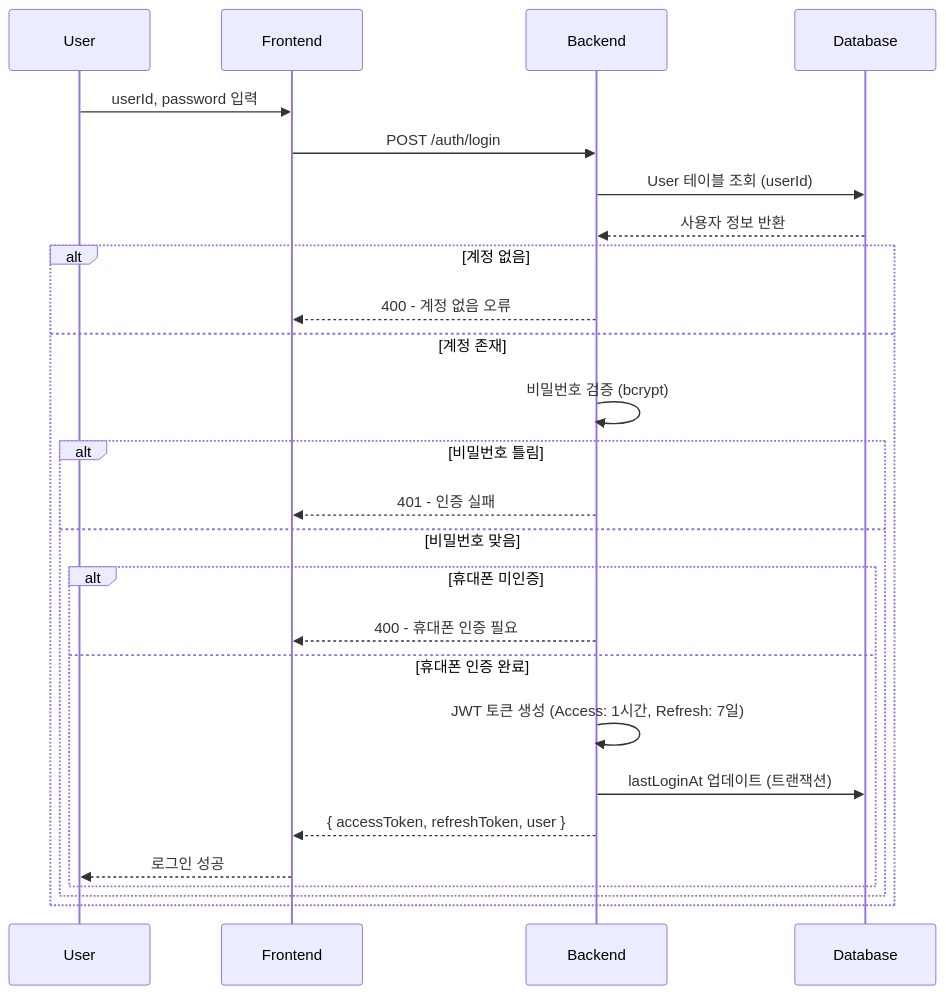
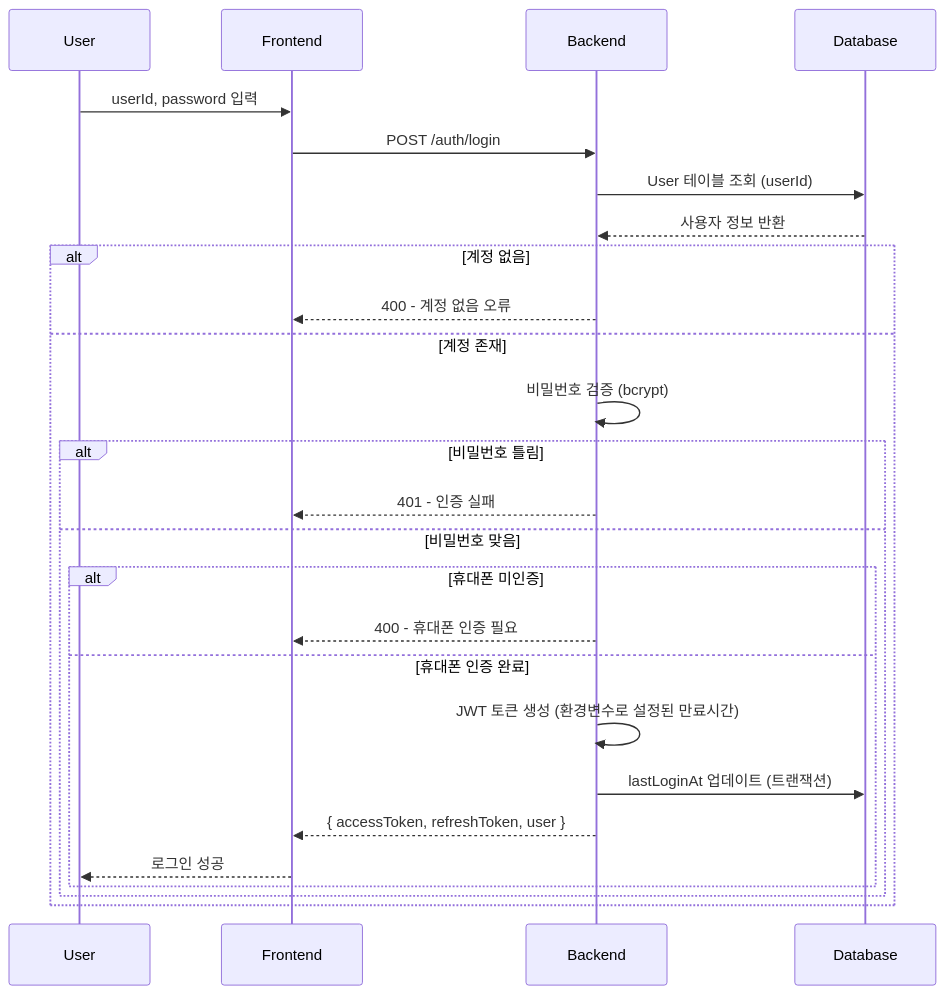
Before and after one commit to ServicePlayground/sweet-order: the third of 9 diagrams in apps/web-user/backend/docs/통합 로그인 및 회원가입 - 가이드.md, drawn with Mermaid. The commit also changed other lines of this file and 4 other files, not shown here.

````diff
--- a/apps/web-user/backend/docs/통합 로그인 및 회원가입 - 가이드.md
+++ b/apps/web-user/backend/docs/통합 로그인 및 회원가입 - 가이드.md
@@ -145,30 +159,30 @@
 ```mermaid
 sequenceDiagram
     participant U as User
     participant F as Frontend
     participant B as Backend
     participant DB as Database
 
     U->>F: userId, password 입력
     F->>B: POST /auth/login
     B->>DB: User 테이블 조회 (userId)
     DB-->>B: 사용자 정보 반환
 
     alt 계정 없음
         B-->>F: 400 - 계정 없음 오류
     else 계정 존재
         B->>B: 비밀번호 검증 (bcrypt)
         alt 비밀번호 틀림
             B-->>F: 401 - 인증 실패
         else 비밀번호 맞음
             alt 휴대폰 미인증
                 B-->>F: 400 - 휴대폰 인증 필요
             else 휴대폰 인증 완료
-                B->>B: JWT 토큰 생성 (Access: 1시간, Refresh: 7일)
+                B->>B: JWT 토큰 생성 (환경변수로 설정된 만료시간)
                 B->>DB: lastLoginAt 업데이트 (트랜잭션)
                 B-->>F: { accessToken, refreshToken, user }
                 F-->>U: 로그인 성공
             end
         end
     end
 ```
````
